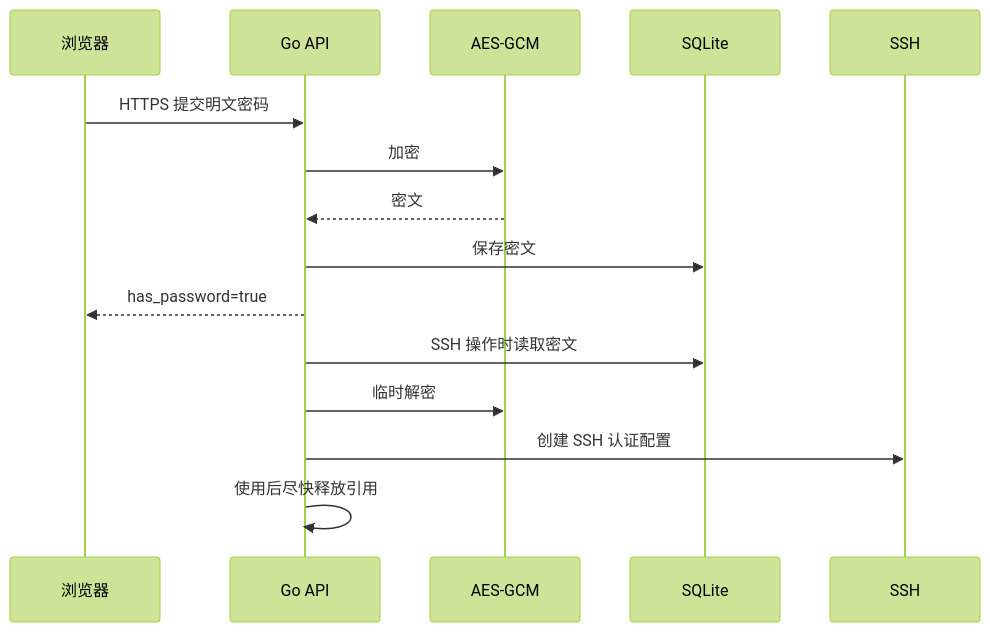
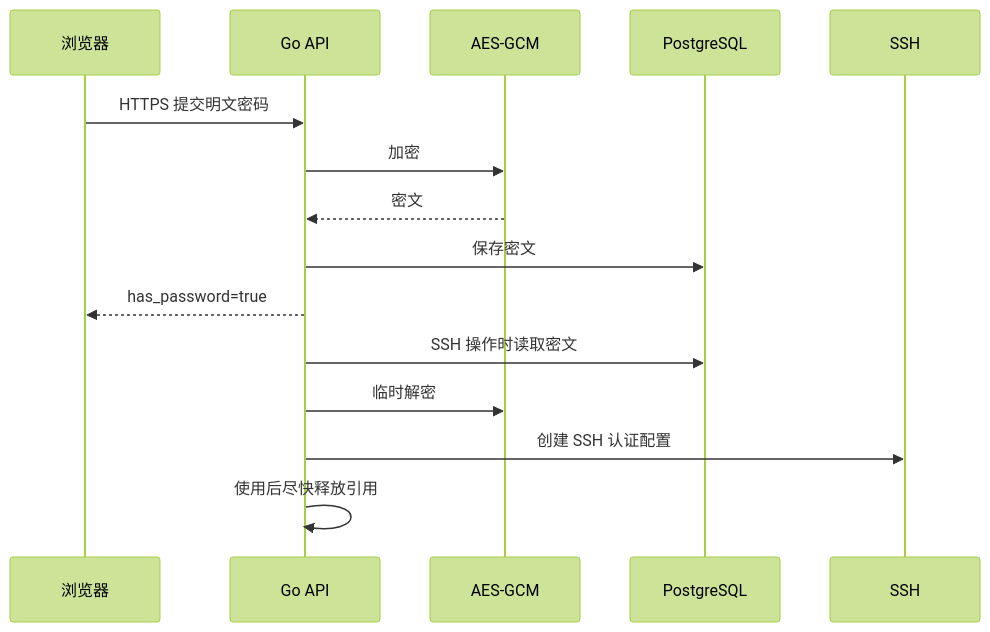
The third of 4 diagrams in dp/docs/architecture.md (ymouzhang/DeploymentPlatform), drawn with Mermaid (forest theme) before and after one commit. The commit also changed other lines of this file and 15 other files, not shown here.

Commit message:
feat(dp): establish RBAC and PostgreSQL foundation

````diff
--- a/dp/docs/architecture.md
+++ b/dp/docs/architecture.md
@@ -810,18 +820,18 @@
 ```mermaid
 sequenceDiagram
     participant B as 浏览器
     participant A as Go API
     participant C as AES-GCM
-    participant D as SQLite
+    participant D as PostgreSQL
     participant S as SSH
 
     B->>A: HTTPS 提交明文密码
     A->>C: 加密
     C-->>A: 密文
     A->>D: 保存密文
     A-->>B: has_password=true
     A->>D: SSH 操作时读取密文
     A->>C: 临时解密
     A->>S: 创建 SSH 认证配置
     A->>A: 使用后尽快释放引用
 ```
````
